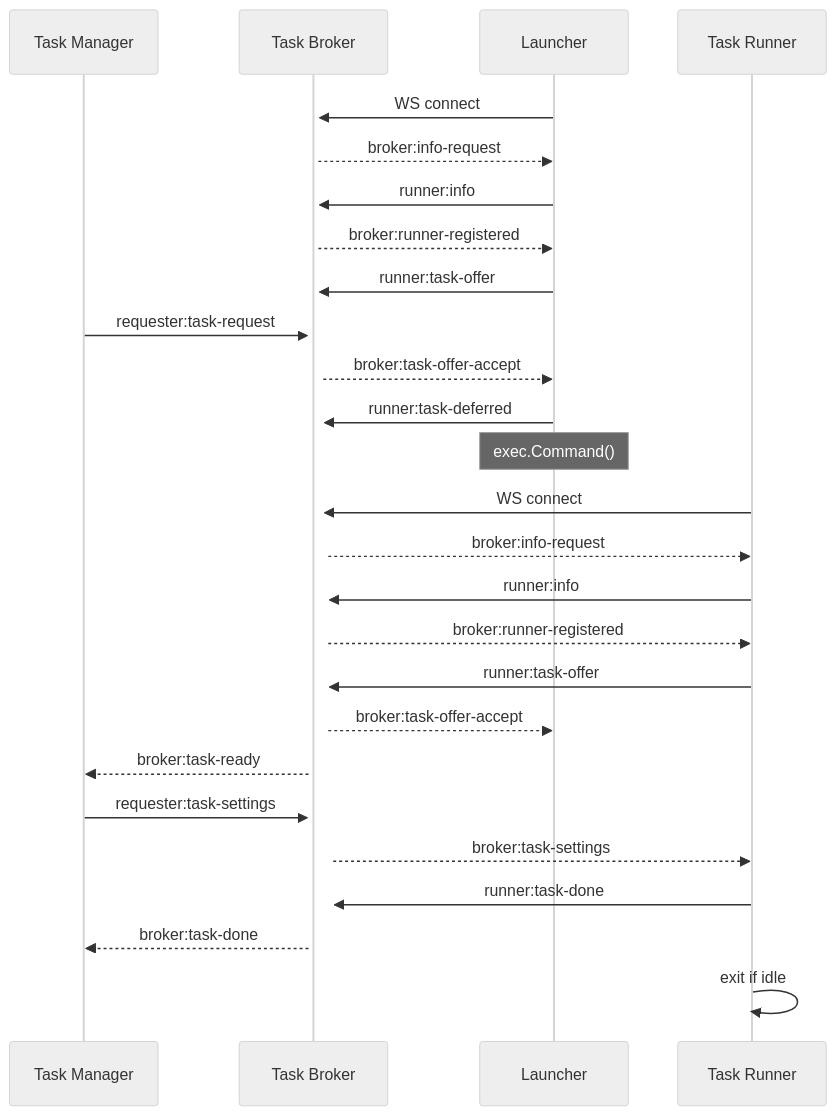
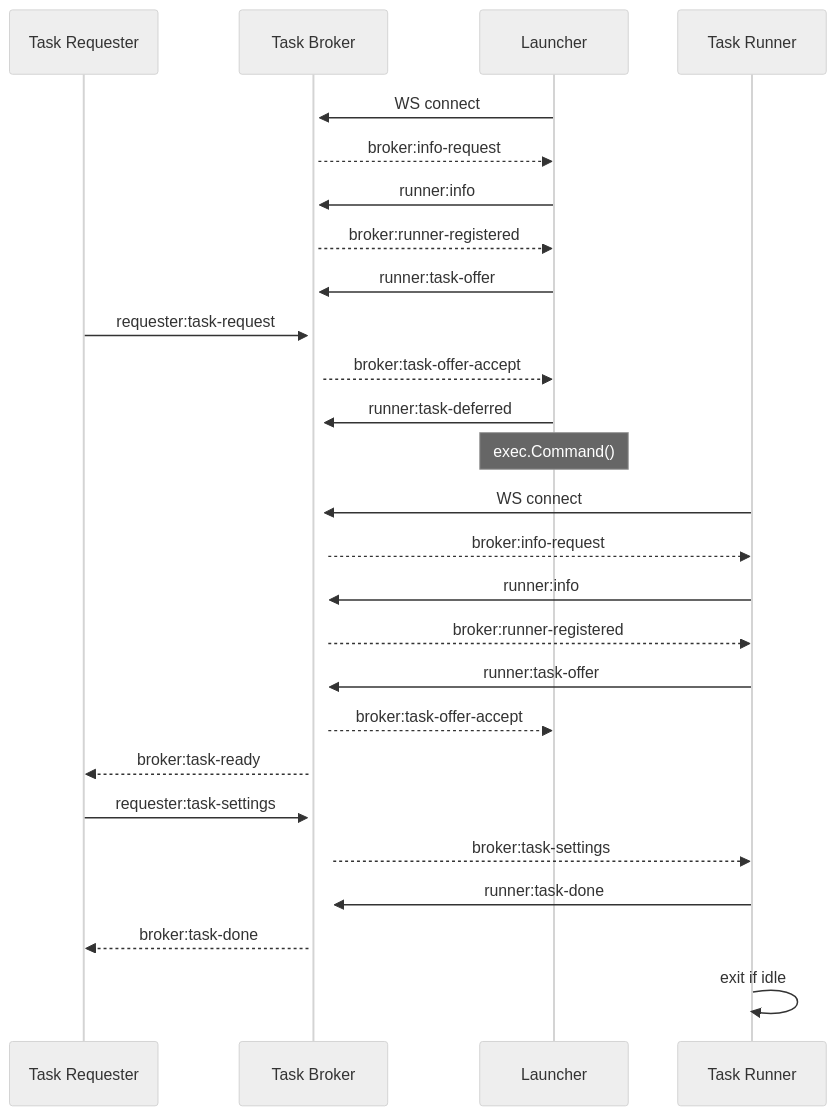
The diagram in docs/lifecycle.md (wojiushixiaobai/task-runner-launcher), drawn with Mermaid (neutral theme) before and after one commit. The commit also changed 1 other file, not shown here.

Commit message:
docs: Fix link and stale reference (#58)

````diff
--- a/docs/lifecycle.md
+++ b/docs/lifecycle.md
@@ -21,37 +21,37 @@
 ```mermaid
 sequenceDiagram
-    participant TM as Task Manager
+    participant TM as Task Requester
     participant TB as Task Broker
     participant L as Launcher
     participant TR as Task Runner
 
     %% Initial launcher connection
     L->>+TB: WS connect
     TB-->>L: broker:info-request
     L->>TB: runner:info
     TB-->>L: broker:runner-registered
 
     %% Task request flow
     L->>TB: runner:task-offer
     TM->>+TB: requester:task-request
     TB-->>L: broker:task-offer-accept
     L->>TB: runner:task-deferred
 
     %% Launcher executes and transitions to runner
     Note over L: exec.Command()
     %% New runner connection
     TR->>+TB: WS connect
     TB-->>TR: broker:info-request
     TR->>TB: runner:info
     TB-->>TR: broker:runner-registered
     TR->>TB: runner:task-offer
     TB-->>L: broker:task-offer-accept
     TB-->>TM: broker:task-ready
 
     %% Task settings flow
     TM->>+TB: requester:task-settings
     TB-->>TR: broker:task-settings
     TR->>TB: runner:task-done
     TB-->>TM: broker:task-done
     TR->>TR: exit if idle
 ```
````
